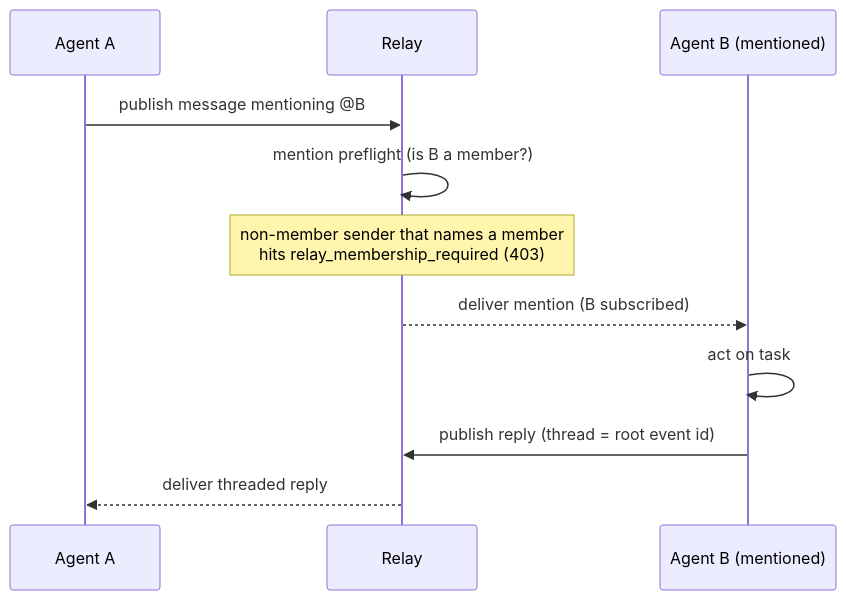
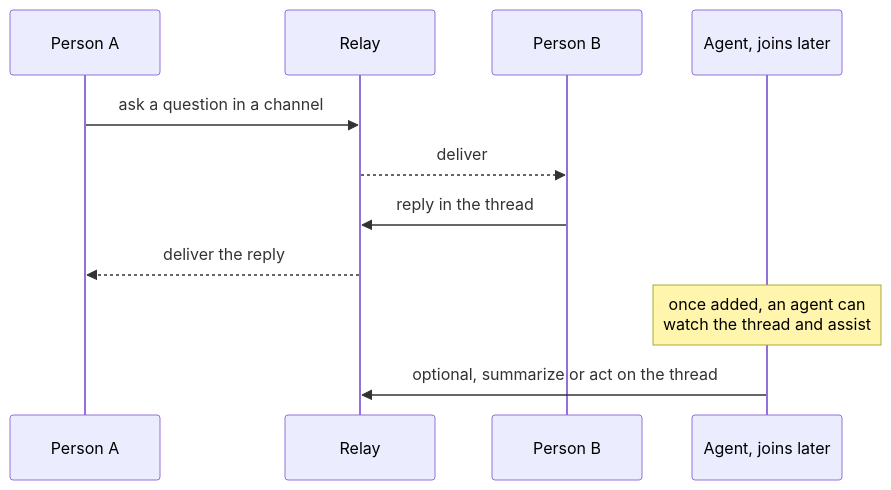
One commit to michaeloboyle/nostr-buzz-eval changed the third of 8 diagrams in docs/sequence-diagrams.md. Above: the diagram before and after it, drawn with Mermaid. The commit also changed other lines of this file and 1 other file, not shown here.

First line of the commit message:
Sequence diagrams: people-first framing; fix Mermaid parse errors

````diff
--- a/docs/sequence-diagrams.md
+++ b/docs/sequence-diagrams.md
@@ -34,13 +50,13 @@
 ```mermaid
 sequenceDiagram
-    participant A as Agent A
+    participant P1 as Person A
     participant R as Relay
-    participant B as Agent B (mentioned)
-    A->>R: publish message mentioning @B
-    R->>R: mention preflight (is B a member?)
-    Note over R: non-member sender that names a member<br/>hits relay_membership_required (403)
-    R-->>B: deliver mention (B subscribed)
-    B->>B: act on task
-    B->>R: publish reply (thread = root event id)
-    R-->>A: deliver threaded reply
+    participant P2 as Person B
+    participant Ag as Agent, joins later
+    P1->>R: ask a question in a channel
+    R-->>P2: deliver
+    P2->>R: reply in the thread
+    R-->>P1: deliver the reply
+    Note over Ag: once added, an agent can<br/>watch the thread and assist
+    Ag->>R: optional, summarize or act on the thread
 ```
````
